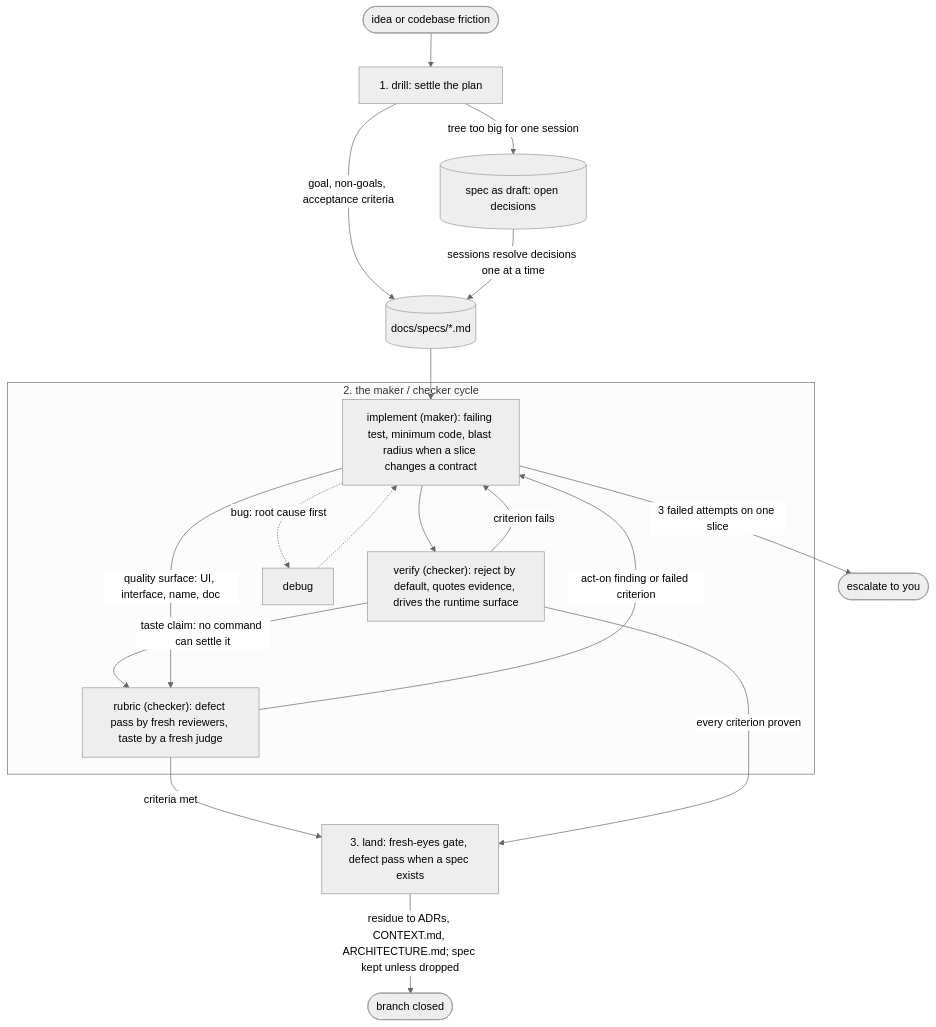
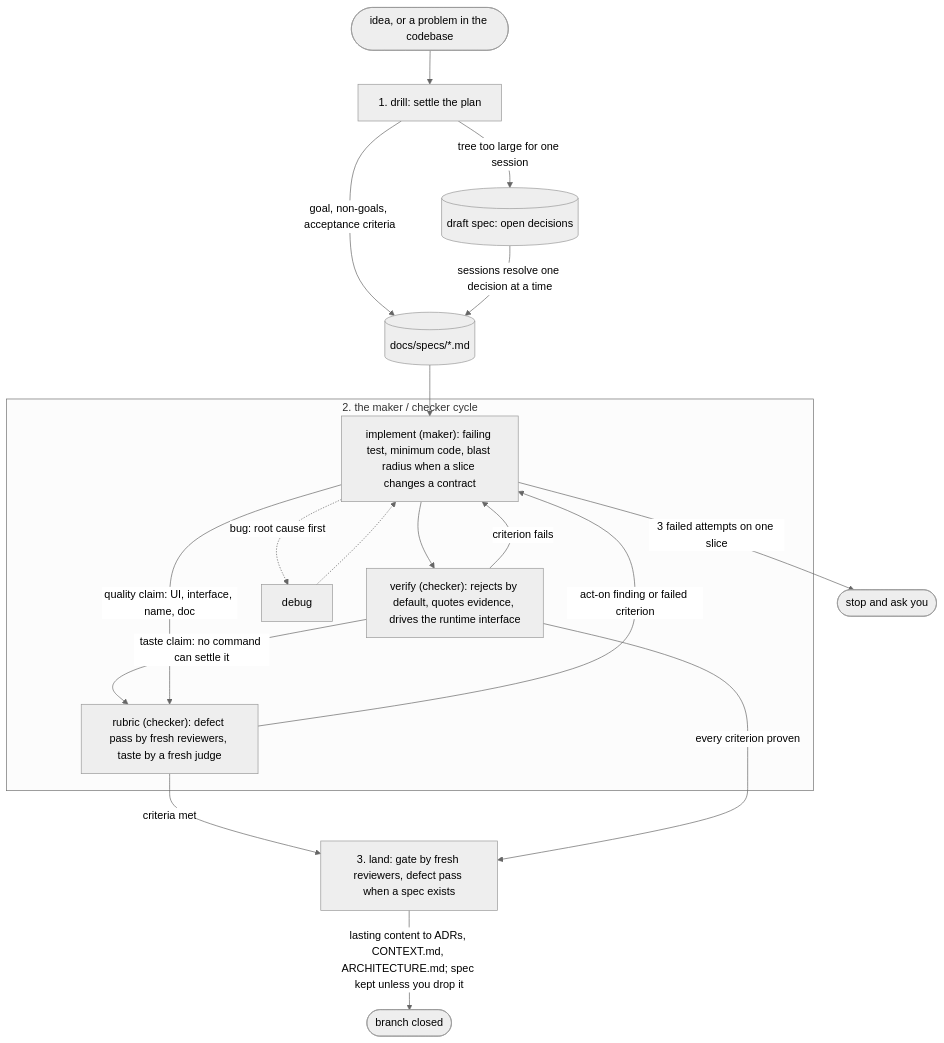
The diagram in README.md (pwguler/skills), drawn with Mermaid (neutral theme) before and after one commit. The commit also changed other lines of this file, not shown here.

````diff
--- a/README.md
+++ b/README.md
@@ -55,23 +57,23 @@
 ```mermaid
 flowchart TD
-    idea([idea or codebase friction]) --> drill["1. drill: settle the plan"]
+    idea(["idea, or a problem in the codebase"]) --> drill["1. drill: settle the plan"]
     drill -- "goal, non-goals, acceptance criteria" --> spec[("docs/specs/*.md")]
-    drill -- "tree too big for one session" --> draft[("spec as draft: open decisions")]
-    draft -- "sessions resolve decisions one at a time" --> spec
+    drill -- "tree too large for one session" --> draft[("draft spec: open decisions")]
+    draft -- "sessions resolve one decision at a time" --> spec
     spec --> impl
 
     subgraph cycle["2. the maker / checker cycle"]
-        impl["implement (maker): failing test, minimum code, blast radius when a slice changes a contract"] --> verify["verify (checker): reject by default, quotes evidence, drives the runtime surface"]
+        impl["implement (maker): failing test, minimum code, blast radius when a slice changes a contract"] --> verify["verify (checker): rejects by default, quotes evidence, drives the runtime interface"]
         verify -- "criterion fails" --> impl
         impl -. "bug: root cause first" .-> debug
         debug -.-> impl
         rub["rubric (checker): defect pass by fresh reviewers, taste by a fresh judge"] -- "act-on finding or failed criterion" --> impl
     end
 
     verify -- "taste claim: no command can settle it" --> rub
-    impl -- "quality surface: UI, interface, name, doc" --> rub
+    impl -- "quality claim: UI, interface, name, doc" --> rub
     rub -- "criteria met" --> land
-    verify -- "every criterion proven" --> land["3. land: fresh-eyes gate, defect pass when a spec exists"]
-    impl -- "3 failed attempts on one slice" --> you(["escalate to you"])
-    land -- "residue to ADRs, CONTEXT.md, ARCHITECTURE.md; spec kept unless dropped" --> done([branch closed])
+    verify -- "every criterion proven" --> land["3. land: gate by fresh reviewers, defect pass when a spec exists"]
+    impl -- "3 failed attempts on one slice" --> you(["stop and ask you"])
+    land -- "lasting content to ADRs, CONTEXT.md, ARCHITECTURE.md; spec kept unless you drop it" --> done([branch closed])
 ```
````
